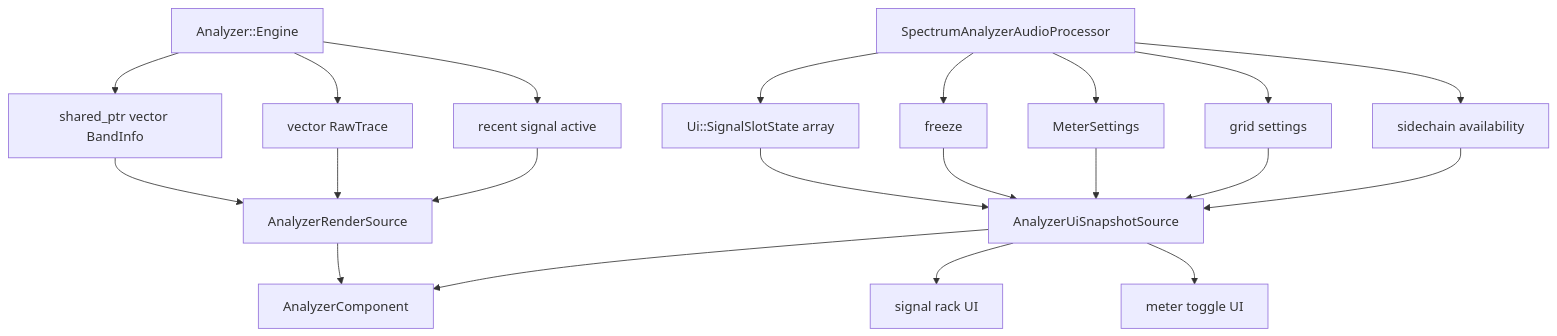
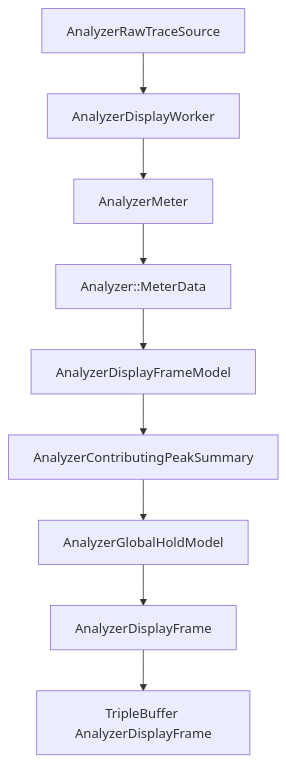
The sixth of 7 diagrams in docs/audio-processing-architecture.md (Silenterc/Band-Spectrum-Analyzer), drawn with Mermaid before and after one commit. The commit also changed other lines of this file and 173 other files, not shown here.

````diff
--- a/docs/audio-processing-architecture.md
+++ b/docs/audio-processing-architecture.md
@@ -213,27 +196,11 @@
 ```mermaid
 flowchart TD
-    Engine[Analyzer::Engine] --> BandInfo[shared_ptr vector BandInfo]
-    Engine --> RawTraces[vector RawTrace]
-    Engine --> ActivityState[recent signal active]
-
-    Processor[SpectrumAnalyzerAudioProcessor] --> Slots[Ui::SignalSlotState array]
-    Processor --> Freeze[freeze]
-    Processor --> Meter[MeterSettings]
-    Processor --> Grid[grid settings]
-    Processor --> Sidechain[sidechain availability]
-
-    BandInfo --> RenderSource[AnalyzerRenderSource]
-    RawTraces --> RenderSource
-    ActivityState --> RenderSource
-
-    Slots --> SnapshotSource[AnalyzerUiSnapshotSource]
-    Freeze --> SnapshotSource
-    Meter --> SnapshotSource
-    Grid --> SnapshotSource
-    Sidechain --> SnapshotSource
-
-    RenderSource --> AnalyzerComponent
-    SnapshotSource --> AnalyzerComponent
-    SnapshotSource --> SignalRack[signal rack UI]
-    SnapshotSource --> MeterControls[meter toggle UI]
+    RawTraceSource[AnalyzerRawTraceSource] --> Worker[AnalyzerDisplayWorker]
+    Worker --> Meter[AnalyzerMeter]
+    Meter --> MeterData[Analyzer::MeterData]
+    MeterData --> FrameModel[AnalyzerDisplayFrameModel]
+    FrameModel --> PeakSummary[AnalyzerContributingPeakSummary]
+    PeakSummary --> Hold[AnalyzerGlobalHoldModel]
+    Hold --> DisplayFrame[AnalyzerDisplayFrame]
+    DisplayFrame --> Publish[TripleBuffer AnalyzerDisplayFrame]
 ```
````
